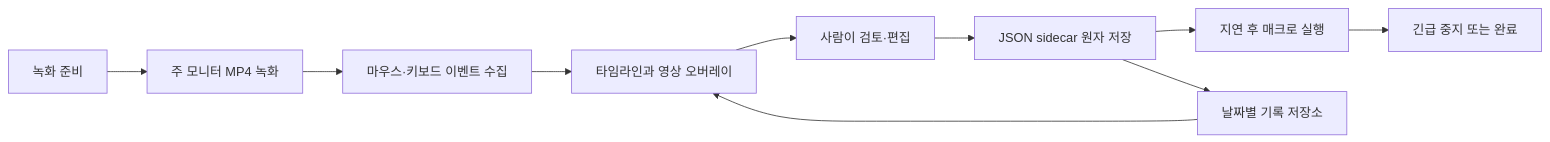
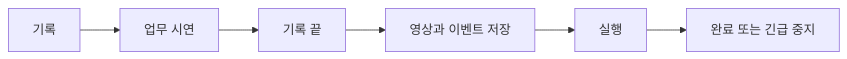
One commit to obundh/gonggong-ax-local-4 changed the diagram in docs/ARCHITECTURE.md. Above: the diagram before and after it, drawn with Mermaid. The commit also changed other lines of this file and 36 other files, not shown here.

````diff
--- a/docs/ARCHITECTURE.md
+++ b/docs/ARCHITECTURE.md
@@ -114,12 +101,8 @@
 ```mermaid
 flowchart LR
-    A["녹화 준비"] --> B["주 모니터 MP4 녹화"]
-    B --> C["마우스·키보드 이벤트 수집"]
-    C --> D["타임라인과 영상 오버레이"]
-    D --> E["사람이 검토·편집"]
-    E --> F["JSON sidecar 원자 저장"]
-    F --> G["지연 후 매크로 실행"]
-    G --> H["긴급 중지 또는 완료"]
-    F --> I["날짜별 기록 저장소"]
-    I --> D
+    A["기록"] --> B["업무 시연"]
+    B --> C["기록 끝"]
+    C --> D["영상과 이벤트 저장"]
+    D --> E["실행"]
+    E --> F["완료 또는 긴급 중지"]
 ```
````
